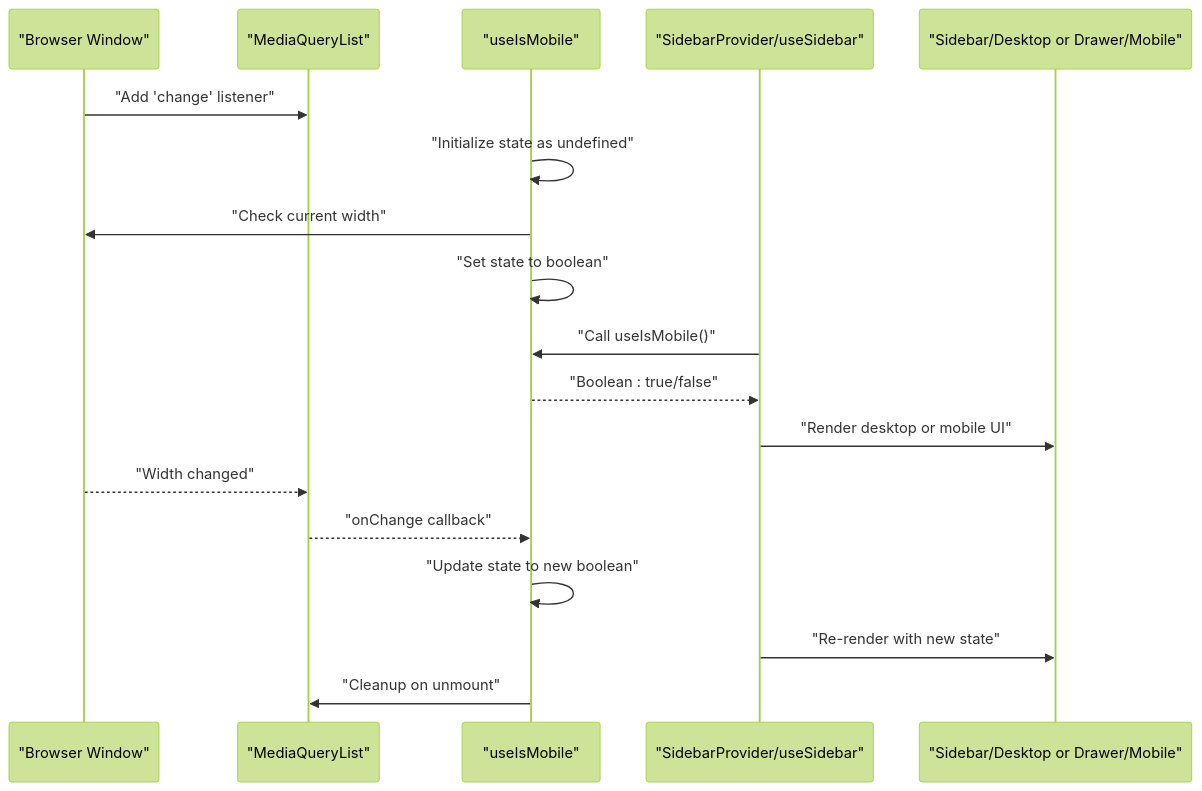
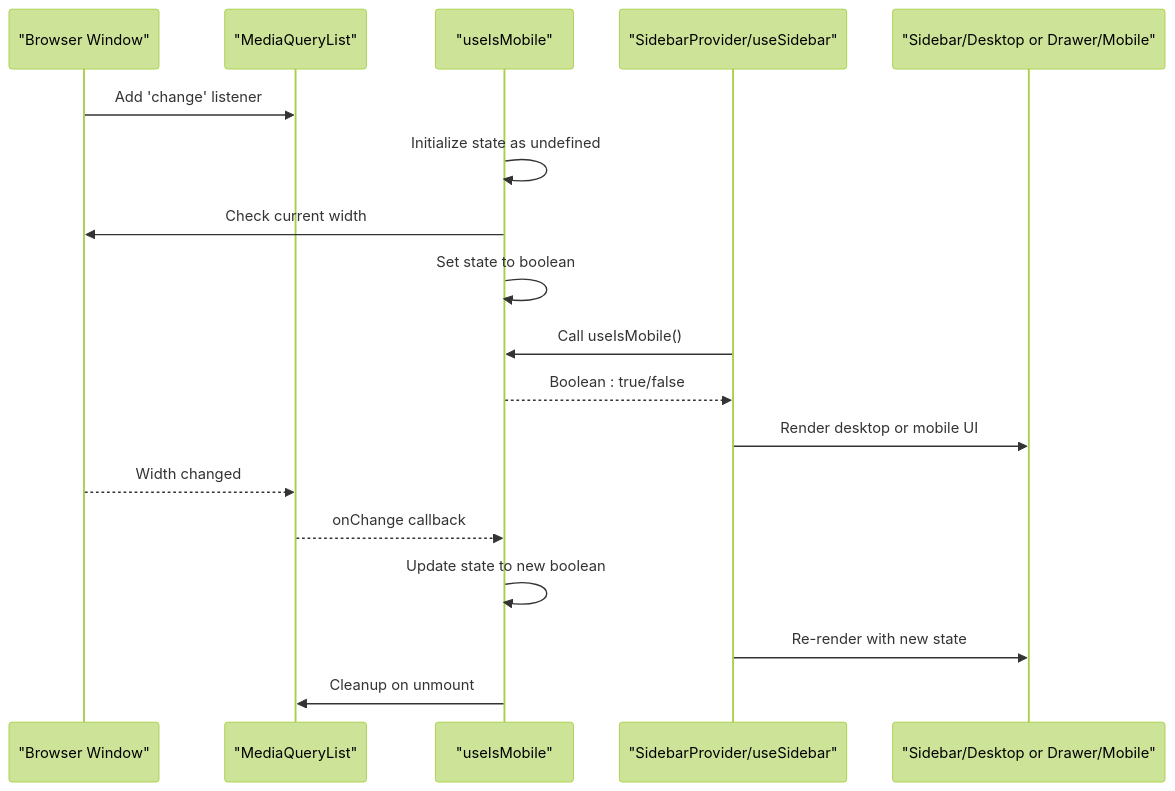
One commit to mohjak/sc-dof changed the second of 5 diagrams in .qoder/repowiki/en/content/State Management/Custom Hooks for State Management/useIsMobile Hook.md. Above: the diagram before and after it, drawn with Mermaid (forest theme). The commit also changed other lines of this file and 68 other files, not shown here.

First line of the commit message:
docs(docs): update component architecture docs with markdown formatting fixes

````diff
--- a/.qoder/repowiki/en/content/State Management/Custom Hooks for State Management/useIsMobile Hook.md
+++ b/.qoder/repowiki/en/content/State Management/Custom Hooks for State Management/useIsMobile Hook.md
@@ -79,20 +77,20 @@
 ```mermaid
 sequenceDiagram
 participant Window as "Browser Window"
 participant MQL as "MediaQueryList"
 participant Hook as "useIsMobile"
 participant Sidebar as "SidebarProvider/useSidebar"
 participant UI as "Sidebar/Desktop or Drawer/Mobile"
-Window->>MQL : "Add 'change' listener"
-Hook->>Hook : "Initialize state as undefined"
-Hook->>Window : "Check current width"
-Hook->>Hook : "Set state to boolean"
-Sidebar->>Hook : "Call useIsMobile()"
-Hook-->>Sidebar : "Boolean : true/false"
-Sidebar->>UI : "Render desktop or mobile UI"
-Window-->>MQL : "Width changed"
-MQL-->>Hook : "onChange callback"
-Hook->>Hook : "Update state to new boolean"
-Sidebar->>UI : "Re-render with new state"
-Hook->>MQL : "Cleanup on unmount"
+Window->>MQL : Add 'change' listener
+Hook->>Hook : Initialize state as undefined
+Hook->>Window : Check current width
+Hook->>Hook : Set state to boolean
+Sidebar->>Hook : Call useIsMobile()
+Hook-->>Sidebar : Boolean : true/false
+Sidebar->>UI : Render desktop or mobile UI
+Window-->>MQL : Width changed
+MQL-->>Hook : onChange callback
+Hook->>Hook : Update state to new boolean
+Sidebar->>UI : Re-render with new state
+Hook->>MQL : Cleanup on unmount
 ```
````
